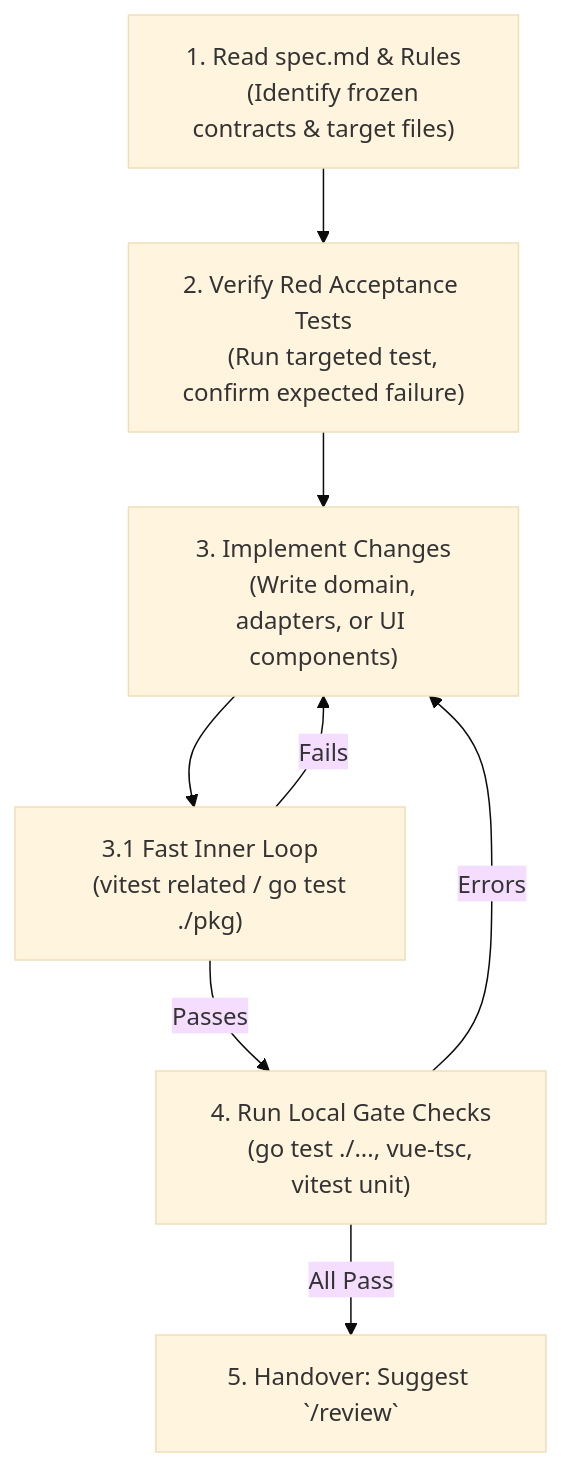
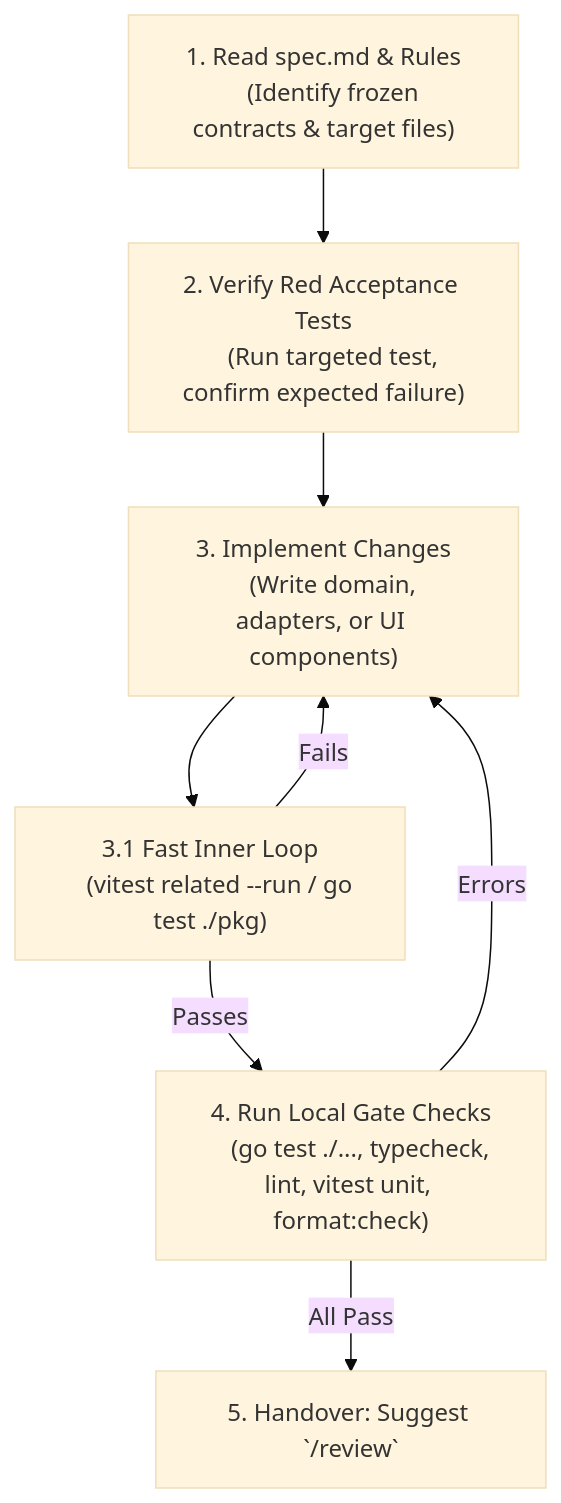
Before and after one commit to jiva-studio/numen: the diagram in .agents/skills/coder/SKILL.md, drawn with Mermaid (base theme). The commit also changed other lines of this file and 5 other files, not shown here.

````diff
--- a/.agents/skills/coder/SKILL.md
+++ b/.agents/skills/coder/SKILL.md
@@ -10,15 +10,15 @@
 ```mermaid
 flowchart TD
     ReadSpec["1. Read spec.md & Rules
     (Identify frozen contracts & target files)"] --> VerifyRed["2. Verify Red Acceptance Tests
     (Run targeted test, confirm expected failure)"]
     VerifyRed --> Implement["3. Implement Changes
     (Write domain, adapters, or UI components)"]
     Implement --> InnerTDD["3.1 Fast Inner Loop
-    (vitest related / go test ./pkg)"]
+    (vitest related --run / go test ./pkg)"]
     InnerTDD -->|Fails| Implement
     InnerTDD -->|Passes| RunChecks["4. Run Local Gate Checks
-    (go test ./..., vue-tsc, vitest unit)"]
+    (go test ./..., typecheck, lint, vitest unit, format:check)"]
     RunChecks -->|Errors| Implement
     RunChecks -->|All Pass| Handover["5. Handover: Suggest `/review`"]
 ```
````
